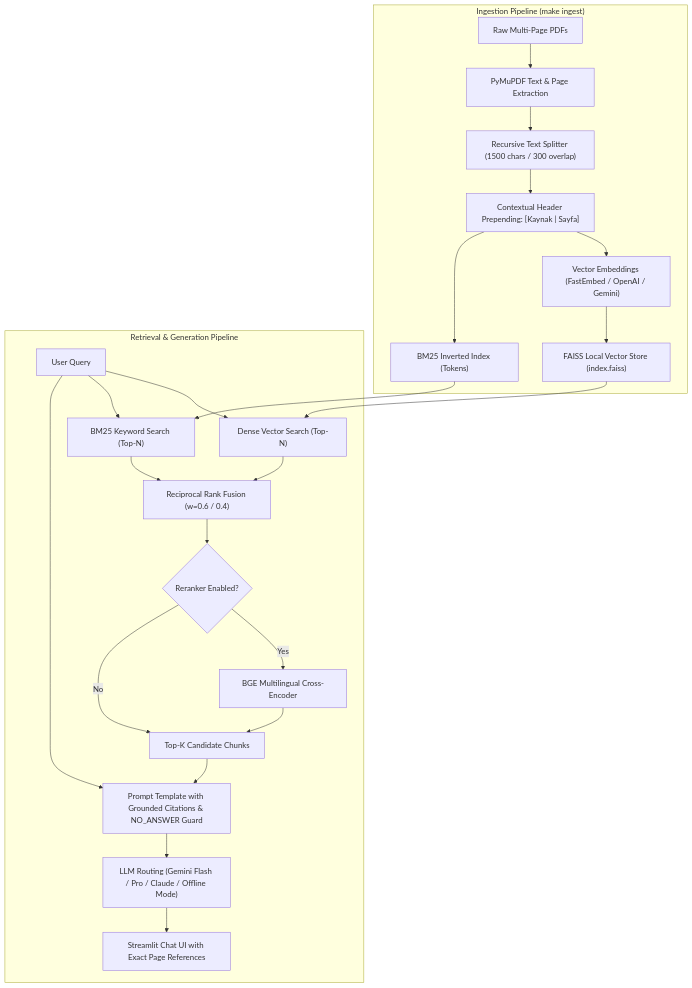
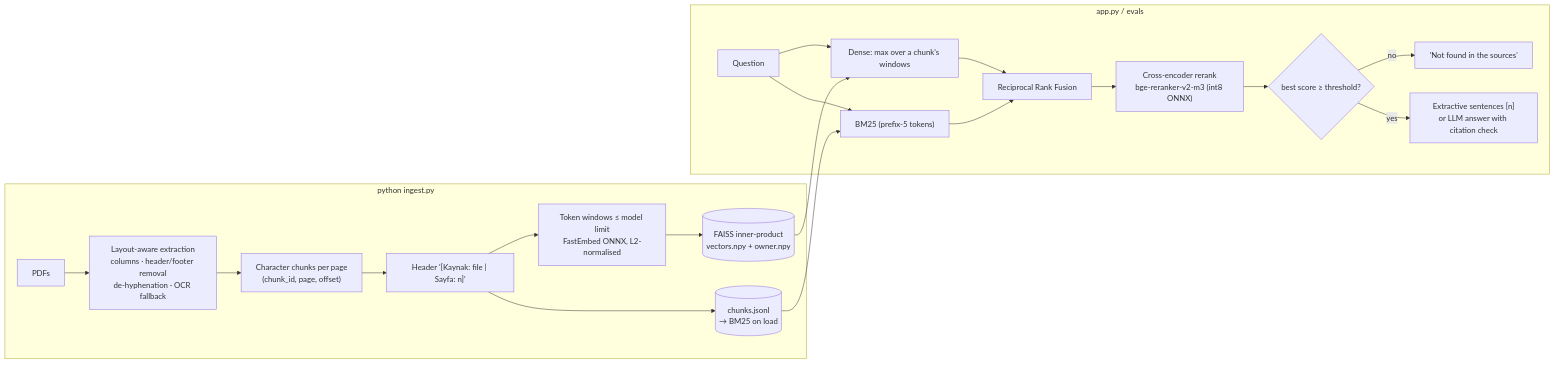
The diagram in README.md (mmkaya-ui/kulliyatai), drawn with Mermaid before and after one commit. The commit also changed other lines of this file and 63 other files, not shown here.

````diff
--- a/README.md
+++ b/README.md
@@ -20,28 +89,23 @@
 ```mermaid
-flowchart TD
-    subgraph Ingestion["Ingestion Pipeline (make ingest)"]
-        A[Raw Multi-Page PDFs] --> B[PyMuPDF Text & Page Extraction]
-        B --> C["Recursive Text Splitter (1500 chars / 300 overlap)"]
-        C --> D["Contextual Header Prepending: [Kaynak | Sayfa]"]
-        D --> E["Vector Embeddings (FastEmbed / OpenAI / Gemini)"]
-        E --> F["FAISS Local Vector Store (index.faiss)"]
-        D --> G["BM25 Inverted Index (Tokens)"]
+flowchart LR
+    subgraph Ingest["python ingest.py"]
+        A[PDFs] --> B["Layout-aware extraction<br/>columns · header/footer removal<br/>de-hyphenation · OCR fallback"]
+        B --> C["Character chunks per page<br/>(chunk_id, page, offset)"]
+        C --> D["Header '[Kaynak: file | Sayfa: n]'"]
+        D --> E["Token windows ≤ model limit<br/>FastEmbed ONNX, L2-normalised"]
+        E --> F[("FAISS inner-product<br/>vectors.npy + owner.npy")]
+        D --> G[("chunks.jsonl<br/>→ BM25 on load")]
     end
-
-    subgraph QueryPipeline["Retrieval & Generation Pipeline"]
-        Q[User Query] --> H["Dense Vector Search (Top-N)"]
-        Q --> I["BM25 Keyword Search (Top-N)"]
-        F --> H
-        G --> I
-        H --> J["Reciprocal Rank Fusion (w=0.6 / 0.4)"]
+    subgraph Query["app.py / evals"]
+        Q[Question] --> H["Dense: max over a chunk's windows"]
+        Q --> I["BM25 (prefix-5 tokens)"]
+        H --> J["Reciprocal Rank Fusion"]
         I --> J
-        J --> K{"Reranker Enabled?"}
-        K -- Yes --> L["BGE Multilingual Cross-Encoder"]
-        K -- No --> M["Top-K Candidate Chunks"]
-        L --> M
-        M --> N["Prompt Template with Grounded Citations & NO_ANSWER Guard"]
-        Q --> N
-        N --> O["LLM Routing (Gemini Flash / Pro / Claude / Offline Mode)"]
-        O --> P["Streamlit Chat UI with Exact Page References"]
+        J --> K["Cross-encoder rerank<br/>bge-reranker-v2-m3 (int8 ONNX)"]
+        K --> L{"best score ≥ threshold?"}
+        L -- no --> M["'Not found in the sources'"]
+        L -- yes --> N["Extractive sentences [n]<br/>or LLM answer with citation check"]
     end
+    F --> H
+    G --> I
 ```
````
